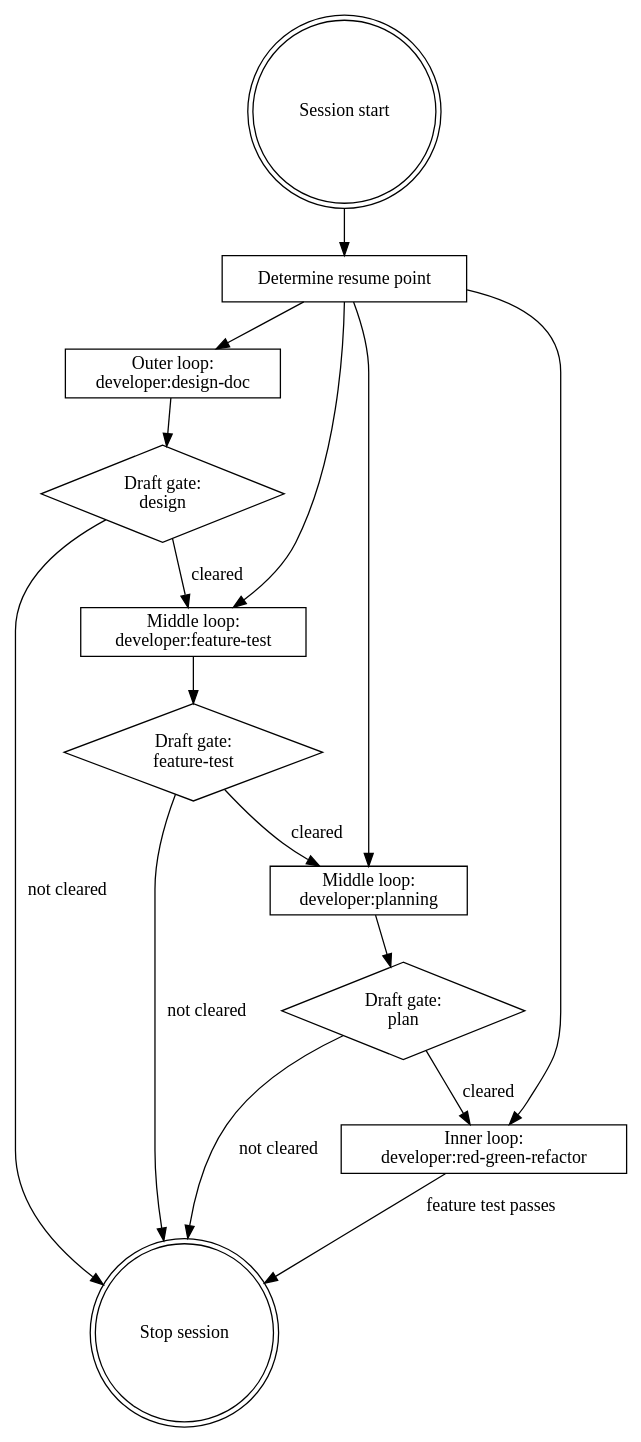
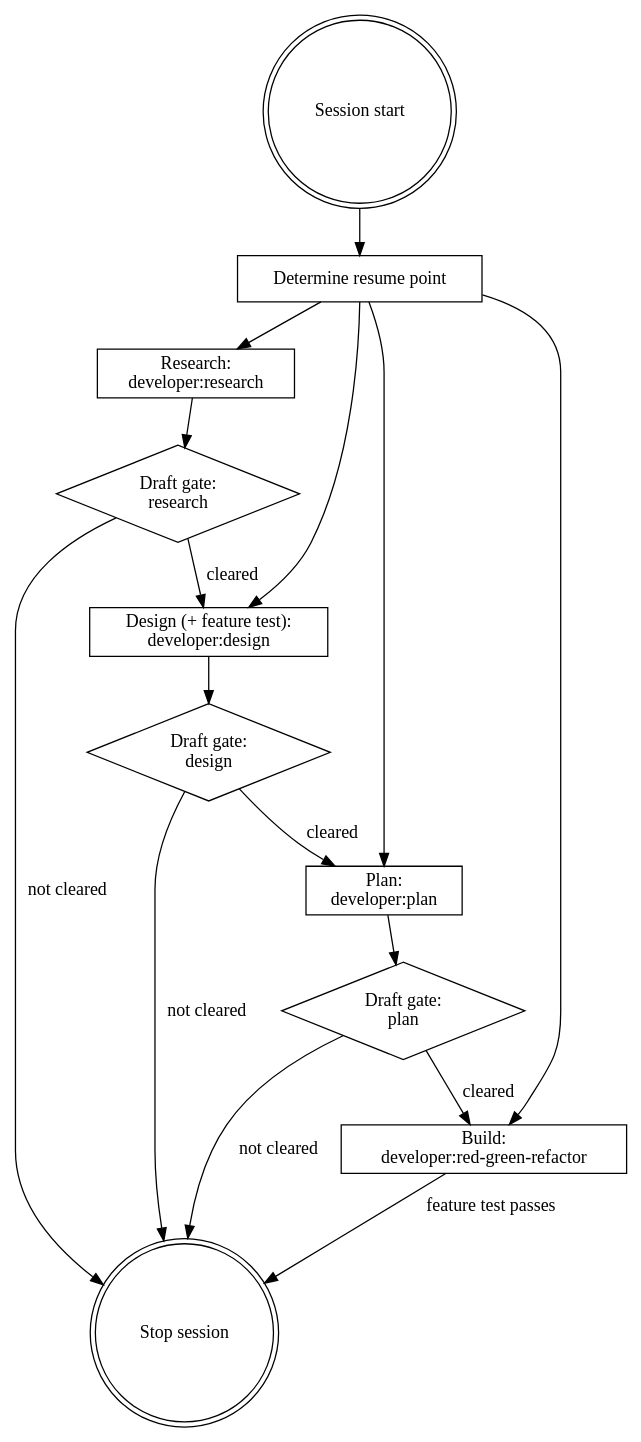
One commit to DavidSouther/domain-driven-design changed the diagram in developer/e2e/context/skills/ailly/SKILL.md. Above: the diagram before and after it, drawn with Graphviz. The commit also changed other lines of this file and 21 other files, not shown here.

First line of the commit message:
developer: merge feature-test into design, retire the feature-test skill

````diff
--- a/developer/e2e/context/skills/ailly/SKILL.md
+++ b/developer/e2e/context/skills/ailly/SKILL.md
@@ -36,34 +34,34 @@
 ```dot
 digraph run {
     start [shape=doublecircle label="Session start"];
     resume [shape=box label="Determine resume point"];
-    design_doc [shape=box label="Outer loop:\ndeveloper:design-doc"];
+    research [shape=box label="Research:\ndeveloper:research"];
+    gate_research [shape=diamond label="Draft gate:\nresearch"];
+    design [shape=box label="Design (+ feature test):\ndeveloper:design"];
     gate_design [shape=diamond label="Draft gate:\ndesign"];
-    feature_test [shape=box label="Middle loop:\ndeveloper:feature-test"];
-    gate_feature [shape=diamond label="Draft gate:\nfeature-test"];
-    planning [shape=box label="Middle loop:\ndeveloper:planning"];
+    planning [shape=box label="Plan:\ndeveloper:plan"];
     gate_plan [shape=diamond label="Draft gate:\nplan"];
-    rgr [shape=box label="Inner loop:\ndeveloper:red-green-refactor"];
+    rgr [shape=box label="Build:\ndeveloper:red-green-refactor"];
     stop [shape=doublecircle label="Stop session"];
 
     start -> resume;
-    resume -> design_doc;
-    resume -> feature_test;
+    resume -> research;
+    resume -> design;
     resume -> planning;
     resume -> rgr;
 
-    design_doc -> gate_design;
+    research -> gate_research;
+    gate_research -> stop [label="not cleared"];
+    gate_research -> design [label="cleared"];
+
+    design -> gate_design;
     gate_design -> stop [label="not cleared"];
-    gate_design -> feature_test [label="cleared"];
-
-    feature_test -> gate_feature;
-    gate_feature -> stop [label="not cleared"];
-    gate_feature -> planning [label="cleared"];
+    gate_design -> planning [label="cleared"];
 
     planning -> gate_plan;
     gate_plan -> stop [label="not cleared"];
     gate_plan -> rgr [label="cleared"];
 
     rgr -> stop [label="feature test passes"];
 }
 ```
````
